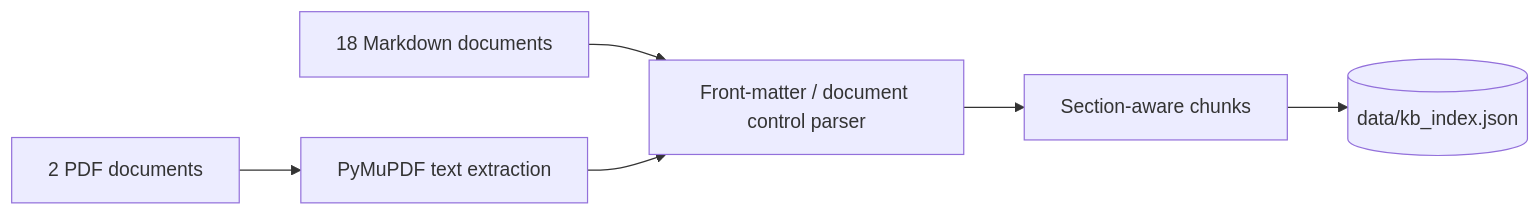
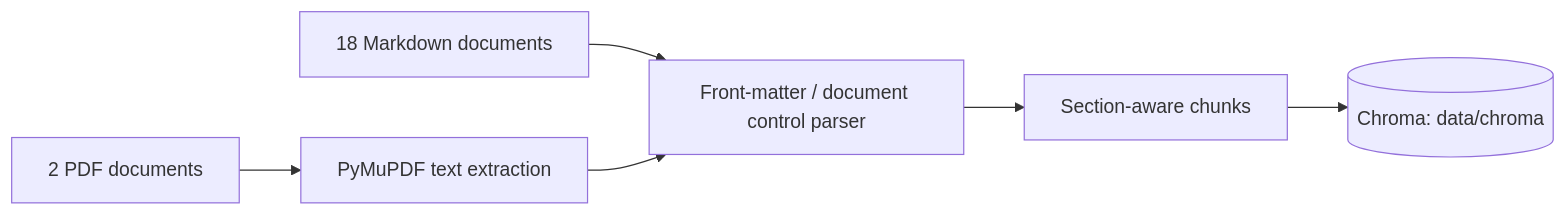
Before and after one commit to mohammedImad10/it-helpdesk-agent: the fifth of 8 diagrams in docs/IMPLEMENTATION.md, drawn with Mermaid. The commit also changed other lines of this file and 9 other files, not shown here.

````diff
--- a/docs/IMPLEMENTATION.md
+++ b/docs/IMPLEMENTATION.md
@@ -177,8 +177,8 @@
 ```mermaid
 flowchart LR
     MD[18 Markdown documents] --> Parse[Front-matter / document control parser]
     PDF[2 PDF documents] --> Extract[PyMuPDF text extraction]
     Extract --> Parse
     Parse --> Sections[Section-aware chunks]
-    Sections --> Index[(data/kb_index.json)]
+    Sections --> Index[(Chroma: data/chroma)]
 ```
````
